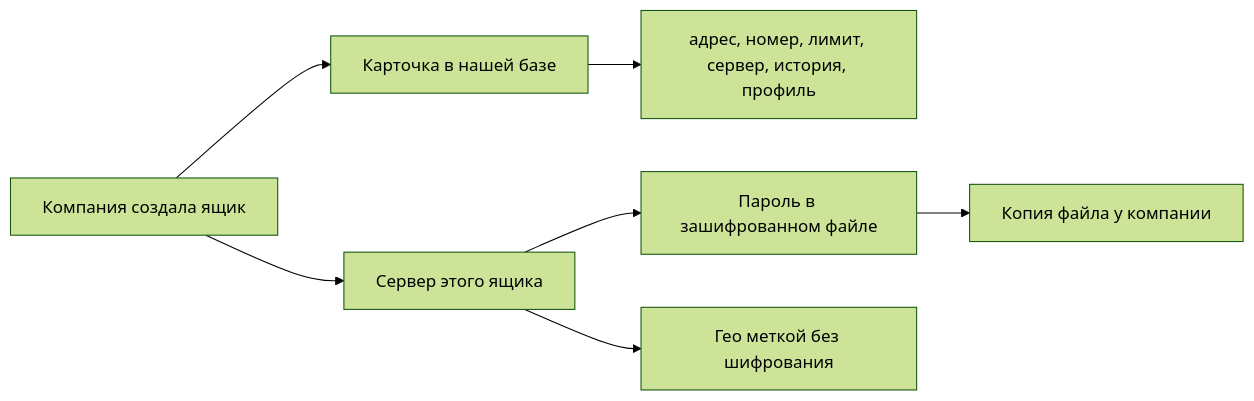
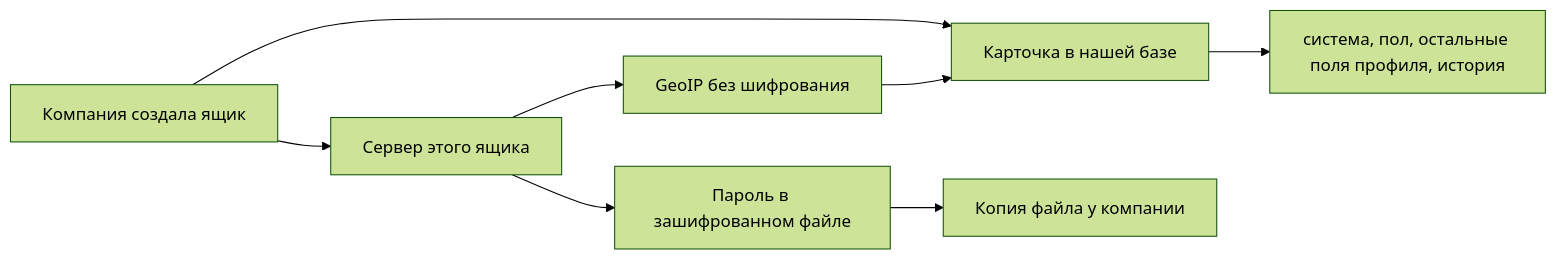
Before and after one commit to dnsbutylin/virtual-managers: the diagram in docs/VISION.md, drawn with Mermaid (forest theme).

Commit message:
Показать в схеме профиля систему, GeoIP и пол.

````diff
--- a/docs/VISION.md
+++ b/docs/VISION.md
@@ -92,9 +92,10 @@
 ```mermaid
 flowchart LR
   company[Компания создала ящик] --> card[Карточка в нашей базе]
-  company --> mailboxServer[Сервер этого ящика]
-  card --> what["адрес, номер, лимит, сервер, история, профиль"]
-  mailboxServer --> secret[Пароль в зашифрованном файле]
-  mailboxServer --> geo[Гео меткой без шифрования]
+  company --> cell[Сервер этого ящика]
+  card --> profile["система, пол, остальные поля профиля, история"]
+  cell --> secret[Пароль в зашифрованном файле]
+  cell --> geo[GeoIP без шифрования]
+  geo --> card
   secret --> copy[Копия файла у компании]
 ```
````
